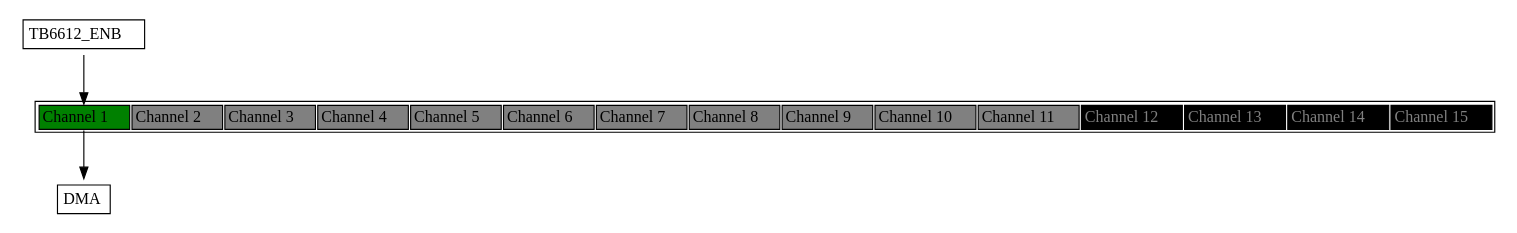
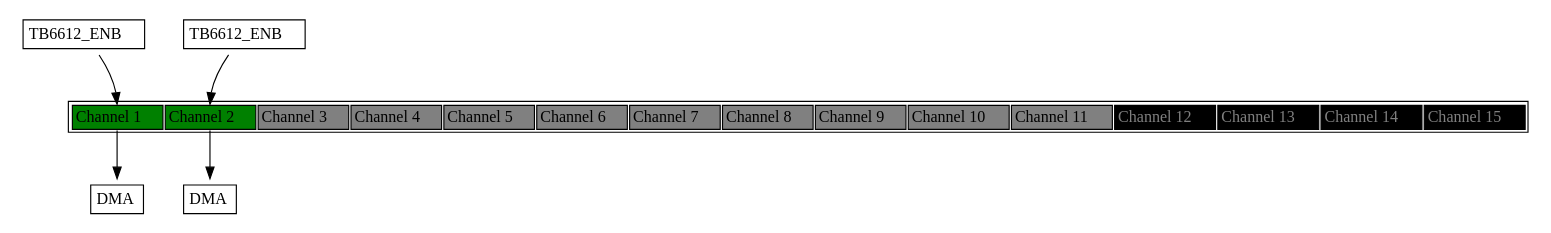
Before and after one commit to zhenkun-cnm/MSPM0: the diagram in board/empty/Event.dot, drawn with Graphviz. The commit also changed 23 other files, not shown here.

```diff
--- a/board/empty/Event.dot
+++ b/board/empty/Event.dot
@@ -1,47 +1,64 @@
 
 
 digraph H {
 
   parent [
    shape=plaintext
    label=<
      <table border='1' cellborder='1'>
        <tr>
             <td bgcolor="green" port='chan_1'>Channel 1</td>
-            <td bgcolor="grey" port='chan_2'>Channel 2</td>
+            <td bgcolor="green" port='chan_2'>Channel 2</td>
             <td bgcolor="grey" port='chan_3'>Channel 3</td>
             <td bgcolor="grey" port='chan_4'>Channel 4</td>
             <td bgcolor="grey" port='chan_5'>Channel 5</td>
             <td bgcolor="grey" port='chan_6'>Channel 6</td>
             <td bgcolor="grey" port='chan_7'>Channel 7</td>
             <td bgcolor="grey" port='chan_8'>Channel 8</td>
             <td bgcolor="grey" port='chan_9'>Channel 9</td>
             <td bgcolor="grey" port='chan_10'>Channel 10</td>
             <td bgcolor="grey" port='chan_11'>Channel 11</td>
             <td bgcolor="black" port='chan_12'><font color="grey">Channel 12</font></td>
             <td bgcolor="black" port='chan_13'><font color="grey">Channel 13</font></td>
             <td bgcolor="black" port='chan_14'><font color="grey">Channel 14</font></td>
             <td bgcolor="black" port='chan_15'><font color="grey">Channel 15</font></td>
          </tr>
      </table>
   >];
 
 pub_chan_1 [
     shape=plaintext
     label=<
     <table border='1'  cellborder='0'>
       <tr><td>TB6612_ENB</td></tr>
     </table>
     >];
 pub_chan_1 -> parent: chan_1;
 
 sub_chan_1_0 [
   shape=plaintext
   label=<
     <table border='1'  cellborder='0'>
       <tr><td>DMA</td></tr>
     </table>
   >];
 parent: chan_1 -> sub_chan_1_0;
+pub_chan_2 [
+    shape=plaintext
+    label=<
+    <table border='1'  cellborder='0'>
+      <tr><td>TB6612_ENB</td></tr>
+    </table>
+    >];
+pub_chan_2 -> parent: chan_2;
+
+sub_chan_2_0 [
+  shape=plaintext
+  label=<
+    <table border='1'  cellborder='0'>
+      <tr><td>DMA</td></tr>
+    </table>
+  >];
+parent: chan_2 -> sub_chan_2_0;
 
 }
```
